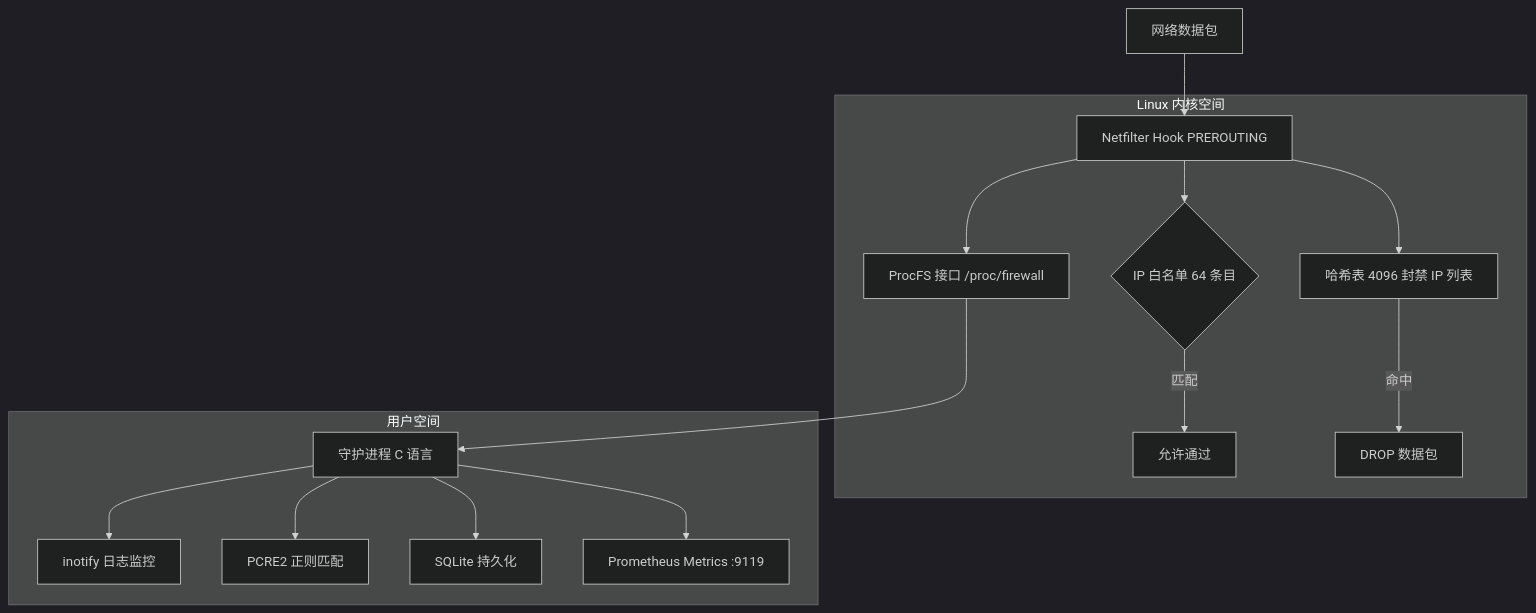
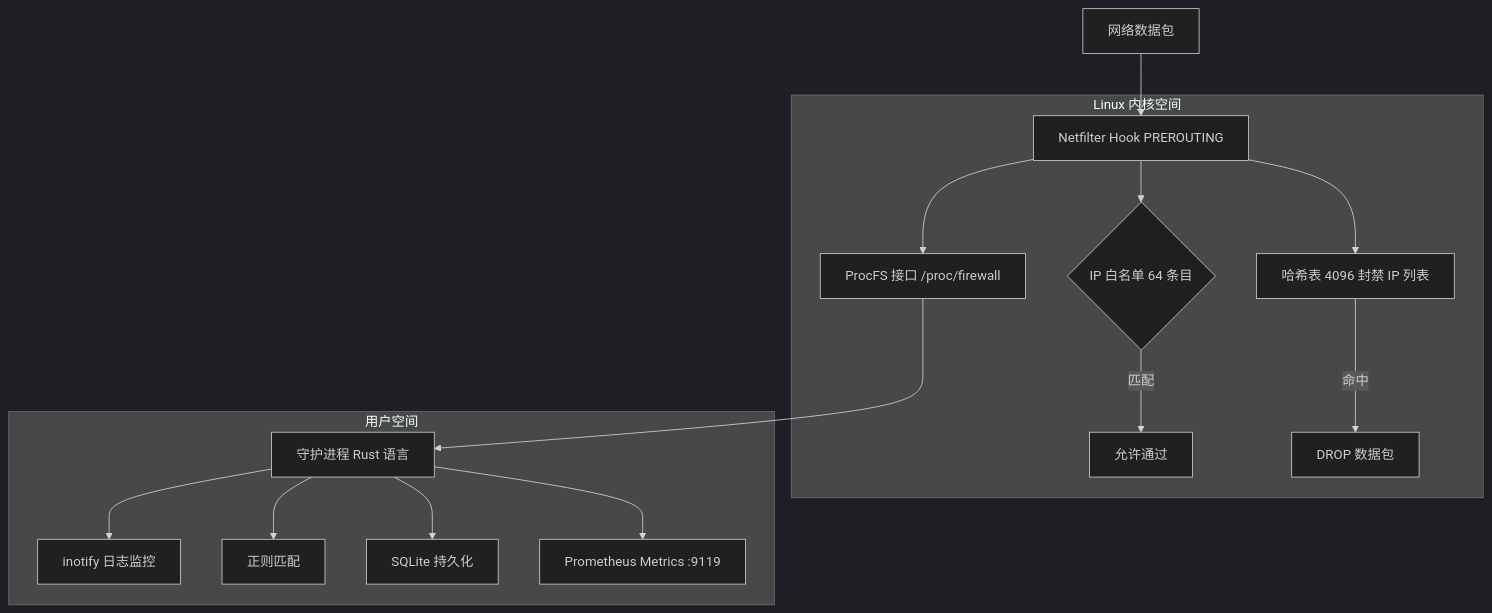
One commit to SnowCore8/linux-firewall-kmod changed the diagram in docs/zh/README.md. Above: the diagram before and after it, drawn with Mermaid (dark theme). The commit also changed other lines of this file and 35 other files, not shown here.

First line of the commit message:
chore(daemon): post-migration polish for Rust daemon

````diff
--- a/docs/zh/README.md
+++ b/docs/zh/README.md
@@ -26,23 +26,23 @@
 ```mermaid
 graph TB
     PKT[网络数据包] --> NF[Netfilter Hook PREROUTING]
 
     subgraph KERNEL[Linux 内核空间]
         NF --> WL{IP 白名单 64 条目}
         NF --> HT[哈希表 4096 封禁 IP 列表]
 
         WL -->|匹配| ALLOW[允许通过]
         HT -->|命中| DROP[DROP 数据包]
 
         NF --> PROC[ProcFS 接口 /proc/firewall]
     end
 
-    PROC --> DAEMON[守护进程 C 语言]
+    PROC --> DAEMON[守护进程 Rust 语言]
 
     subgraph USERSPACE[用户空间]
         DAEMON --> INOTIFY[inotify 日志监控]
-        DAEMON --> PCRE2[PCRE2 正则匹配]
+        DAEMON --> REGEX[正则匹配]
         DAEMON --> SQLITE[SQLite 持久化]
         DAEMON --> PROM[Prometheus Metrics :9119]
     end
 ```
````
